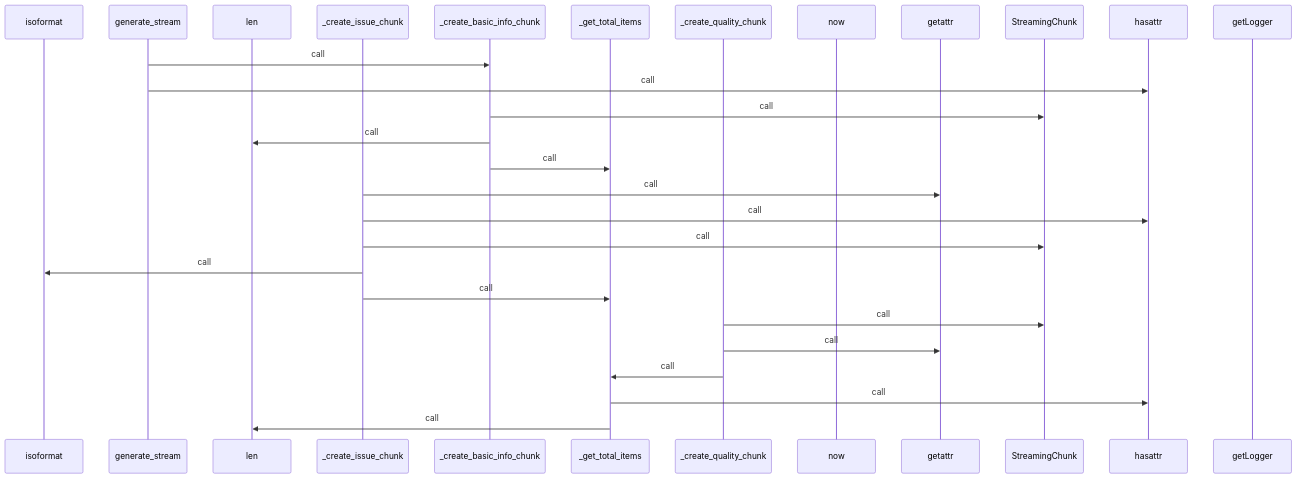
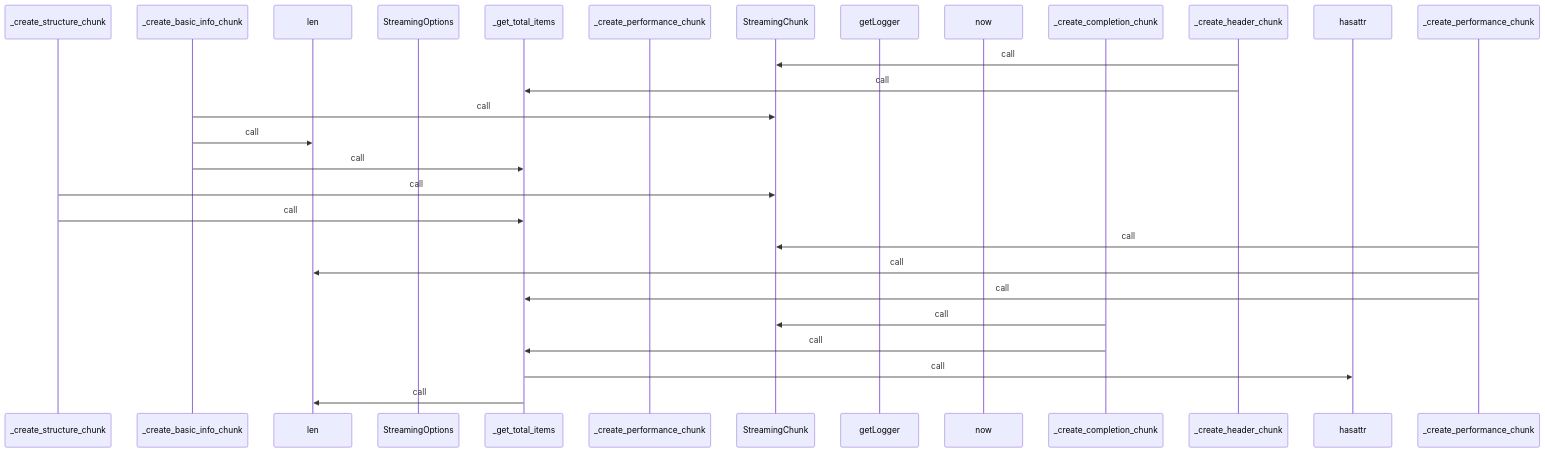
Before and after one commit to yeonjae-personal/codemuse-backend: the third of 4 diagrams in generated_docs/rule_analyzer/streaming/stream_generator.md, drawn with Mermaid. The commit also changed other lines of this file and 3378 other files, not shown here.

````diff
--- a/generated_docs/rule_analyzer/streaming/stream_generator.md
+++ b/generated_docs/rule_analyzer/streaming/stream_generator.md
@@ -201,30 +201,29 @@
 ```mermaid
 sequenceDiagram
-  participant isoformat as isoformat
-  participant generate_stream as generate_stream
+  participant _create_structure_chunk as _create_structure_chunk
+  participant _create_basic_info_chunk as _create_basic_info_chunk
   participant len as len
-  participant _create_issue_chunk as _create_issue_chunk
-  participant _create_basic_info_chunk as _create_basic_info_chunk
+  participant StreamingOptions as StreamingOptions
   participant _get_total_items as _get_total_items
-  participant _create_quality_chunk as _create_quality_chunk
+  participant _create_performance_chun as _create_performance_chunk
+  participant StreamingChunk as StreamingChunk
+  participant getLogger as getLogger
   participant now as now
-  participant getattr as getattr
-  participant StreamingChunk as StreamingChunk
+  participant _create_completion_chunk as _create_completion_chunk
+  participant _create_header_chunk as _create_header_chunk
   participant hasattr as hasattr
-  participant getLogger as getLogger
-  generate_stream->>_create_basic_info_chunk: call
-  generate_stream->>hasattr: call
+  _create_header_chunk->>StreamingChunk: call
+  _create_header_chunk->>_get_total_items: call
   _create_basic_info_chunk->>StreamingChunk: call
   _create_basic_info_chunk->>len: call
   _create_basic_info_chunk->>_get_total_items: call
-  _create_issue_chunk->>getattr: call
-  _create_issue_chunk->>hasattr: call
-  _create_issue_chunk->>StreamingChunk: call
-  _create_issue_chunk->>isoformat: call
-  _create_issue_chunk->>_get_total_items: call
-  _create_quality_chunk->>StreamingChunk: call
-  _create_quality_chunk->>getattr: call
-  _create_quality_chunk->>_get_total_items: call
+  _create_structure_chunk->>StreamingChunk: call
+  _create_structure_chunk->>_get_total_items: call
+  _create_performance_chunk->>StreamingChunk: call
+  _create_performance_chunk->>len: call
+  _create_performance_chunk->>_get_total_items: call
+  _create_completion_chunk->>StreamingChunk: call
+  _create_completion_chunk->>_get_total_items: call
   _get_total_items->>hasattr: call
   _get_total_items->>len: call
 ```
````
